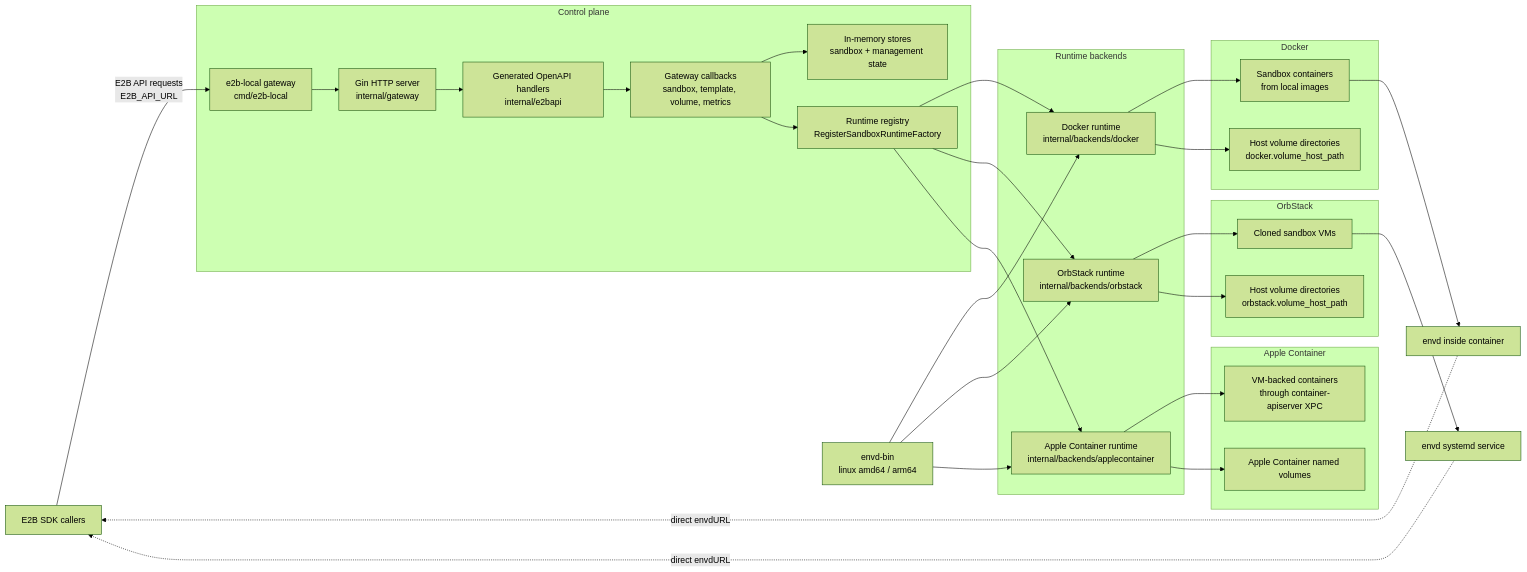
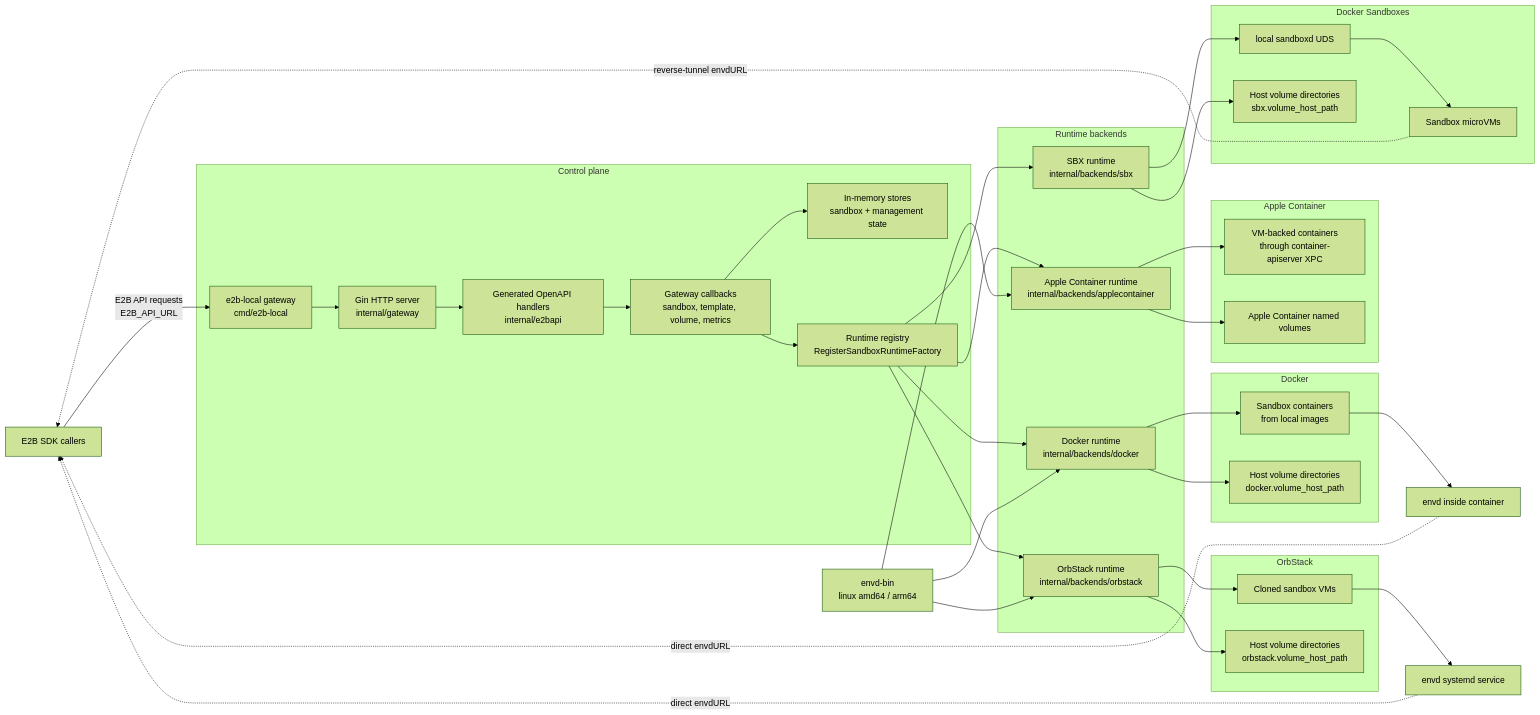
Before and after one commit to superduck-ai/e2b-local: the diagram in README.md, drawn with Mermaid (forest theme). The commit also changed other lines of this file and 26 other files, not shown here.

Commit message:
feat: add Docker Sandboxes runtime

````diff
--- a/README.md
+++ b/README.md
@@ -41,41 +42,49 @@
 ```mermaid
 flowchart LR
   SDK["E2B SDK callers"] -->|"E2B API requests<br/>E2B_API_URL"| Gateway["e2b-local gateway<br/>cmd/e2b-local"]
 
   subgraph ControlPlane["Control plane"]
     Gateway --> HTTP["Gin HTTP server<br/>internal/gateway"]
     HTTP --> OpenAPI["Generated OpenAPI handlers<br/>internal/e2bapi"]
     OpenAPI --> Callbacks["Gateway callbacks<br/>sandbox, template, volume, metrics"]
     Callbacks --> Store["In-memory stores<br/>sandbox + management state"]
     Callbacks --> Registry["Runtime registry<br/>RegisterSandboxRuntimeFactory"]
   end
 
   subgraph RuntimeBackends["Runtime backends"]
     Registry --> Docker["Docker runtime<br/>internal/backends/docker"]
     Registry --> OrbStack["OrbStack runtime<br/>internal/backends/orbstack"]
     Registry --> AppleContainer["Apple Container runtime<br/>internal/backends/applecontainer"]
+    Registry --> SBX["SBX runtime<br/>internal/backends/sbx"]
   end
 
   subgraph DockerRuntime["Docker"]
     Docker --> Containers["Sandbox containers<br/>from local images"]
     Docker --> DockerVolumes["Host volume directories<br/>docker.volume_host_path"]
   end
 
   subgraph OrbRuntime["OrbStack"]
     OrbStack --> VMs["Cloned sandbox VMs"]
     OrbStack --> HostVolumes["Host volume directories<br/>orbstack.volume_host_path"]
   end
 
   subgraph AppleRuntime["Apple Container"]
     AppleContainer --> AppleContainers["VM-backed containers<br/>through container-apiserver XPC"]
     AppleContainer --> AppleVolumes["Apple Container named volumes"]
   end
 
+  subgraph SBXRuntime["Docker Sandboxes"]
+    SBX --> Sandboxd["local sandboxd UDS"]
+    Sandboxd --> MicroVMs["Sandbox microVMs"]
+    SBX --> SBXVolumes["Host volume directories<br/>sbx.volume_host_path"]
+  end
+
   EnvdBin["envd-bin<br/>linux amd64 / arm64"] --> Docker
   EnvdBin --> OrbStack
   EnvdBin --> AppleContainer
   Containers --> ContainerEnvd["envd inside container"]
   VMs --> VMEnvd["envd systemd service"]
   ContainerEnvd -. "direct envdURL" .-> SDK
   VMEnvd -. "direct envdURL" .-> SDK
+  MicroVMs -. "reverse-tunnel envdURL" .-> SDK
 ```
````
